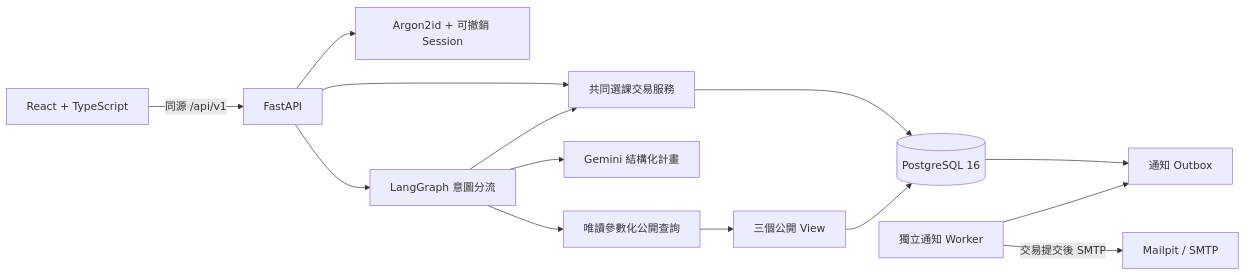
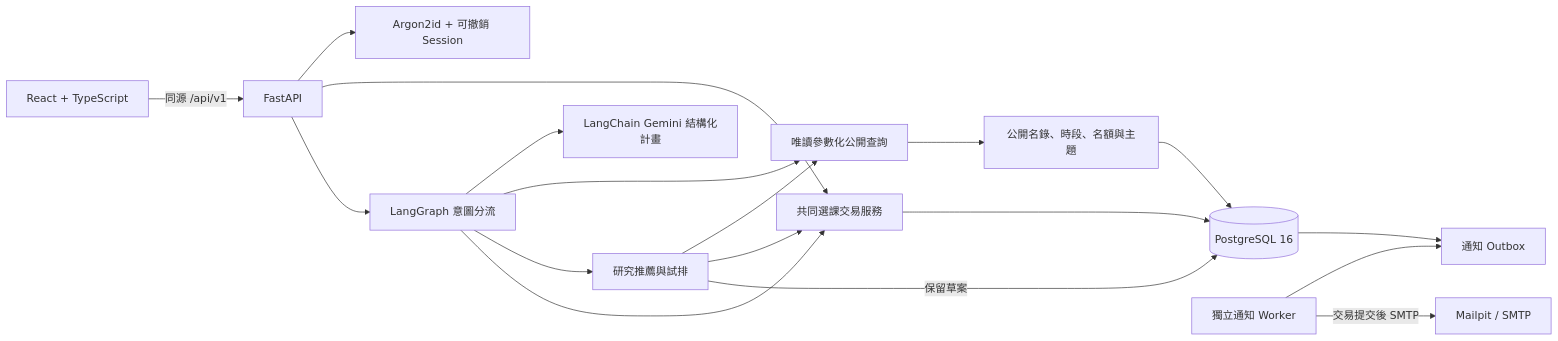
Before and after one commit to programmerKB/CourseFlow: the first of 2 diagrams in docs/architecture.md, drawn with Mermaid. The commit also changed other lines of this file and 48 other files, not shown here.

````diff
--- a/docs/architecture.md
+++ b/docs/architecture.md
@@ -3,16 +3,20 @@
 ```mermaid
 flowchart LR
     React[React + TypeScript] -->|同源 /api/v1| API[FastAPI]
     API --> Auth[Argon2id + 可撤銷 Session]
     API --> Rules[共同選課交易服務]
     API --> Graph[LangGraph 意圖分流]
-    Graph --> Gemini[Gemini 結構化計畫]
+    Graph --> Gemini[LangChain Gemini 結構化計畫]
     Graph --> Public[唯讀參數化公開查詢]
+    Graph --> Preview[研究推薦與試排]
     Graph --> Rules
+    Preview --> Public
+    Preview --> Rules
+    Preview -->|保留草案| PG
     Rules --> PG[(PostgreSQL 16)]
-    Public --> Views[三個公開 View]
+    Public --> Views[公開名錄、時段、名額與主題]
     Views --> PG
     PG --> Outbox[通知 Outbox]
     Worker[獨立通知 Worker] --> Outbox
     Worker -->|交易提交後 SMTP| Mailpit[Mailpit / SMTP]
 ```
````
